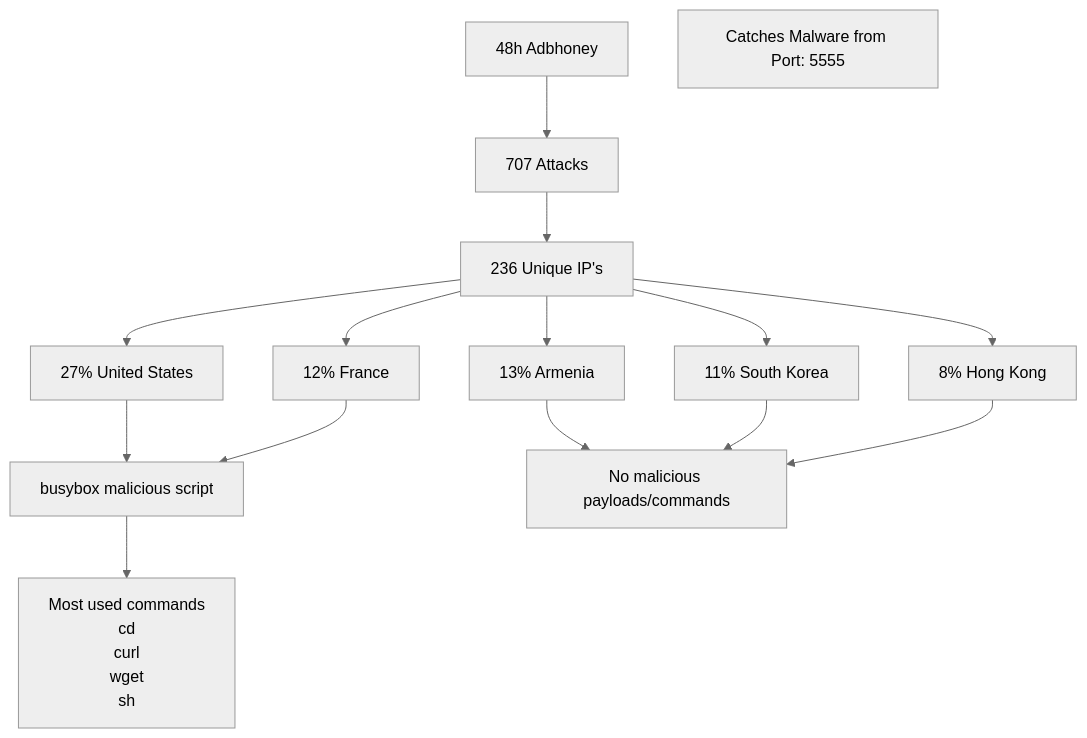
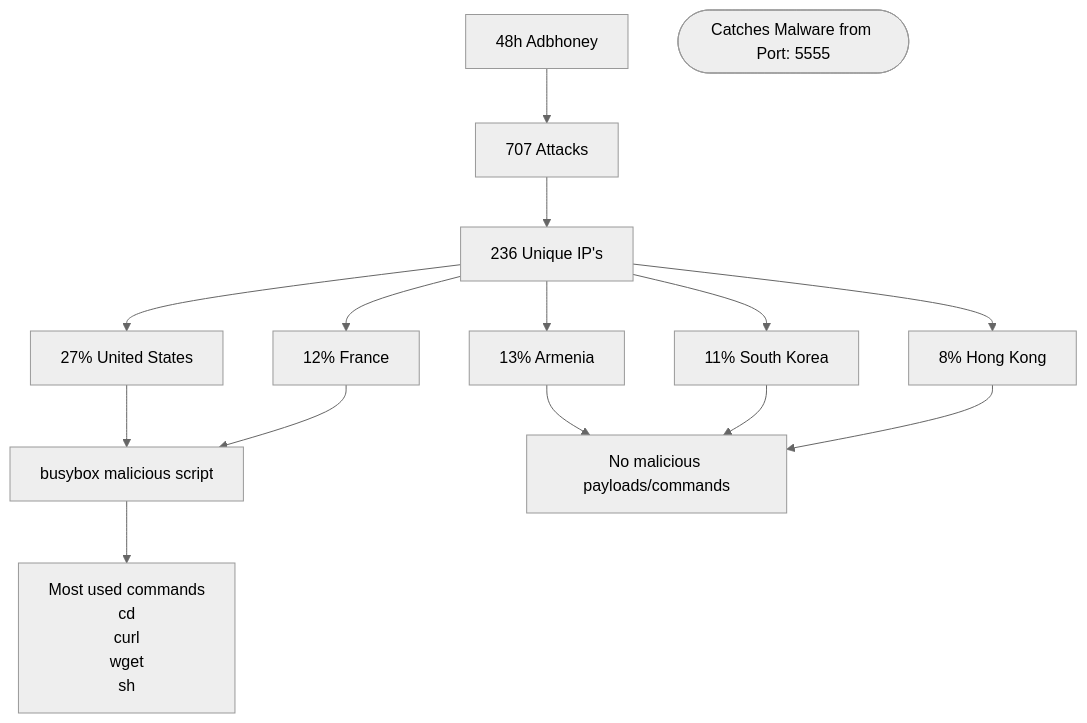
Before and after one commit to matthewomccorkle/matthewomccorkle.github.io: the first of 2 diagrams in in_depth_data.md, drawn with Mermaid (neutral theme). The commit also changed other lines of this file, not shown here.

````diff
--- a/in_depth_data.md
+++ b/in_depth_data.md
@@ -5,17 +5,17 @@
 ```mermaid
 flowchart TD
     A[48h Adbhoney] -->B[707 Attacks]
     B[707 Attacks] -->C[236 Unique IP's]
     C[236 Unique IP's] -->D[27% United States]
     C[236 Unique IP's] -->E[13% Armenia]
     C[236 Unique IP's] -->F[12% France]
     C[236 Unique IP's] -->G[11% South Korea]
     C[236 Unique IP's] -->H[8% Hong Kong]
     D[27% United States] -->I[busybox malicious script]
     E[13% Armenia] -->J[No malicious payloads/commands]
     F[12% France] -->I[busybox malicious script]
     G[11% South Korea] -->J[No malicious payloads/commands]
     H[8% Hong Kong] -->J[No malicious payloads/commands]
     I[busybox malicious script] --> K[Most used commands <br> cd<br>curl<br>wget<br>sh<br>]
-id1[Catches Malware from Port: 5555 ]
+id1([Catches Malware from Port: 5555 ])
 ```
````
